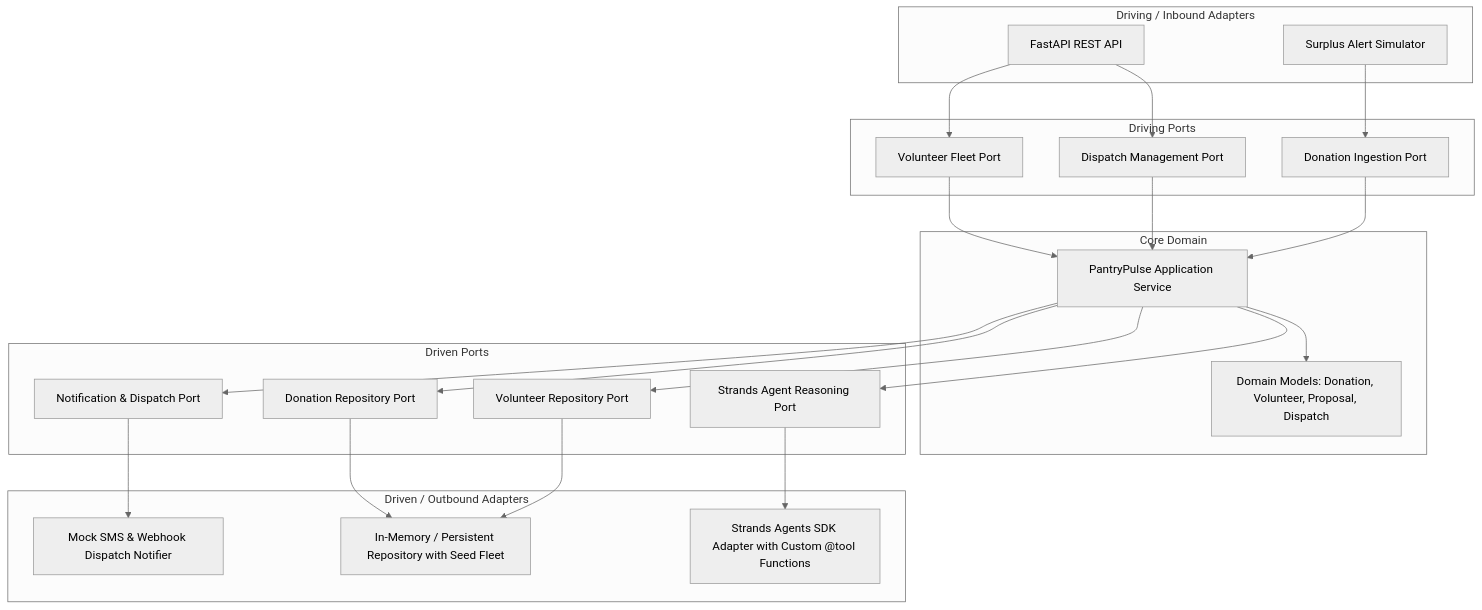
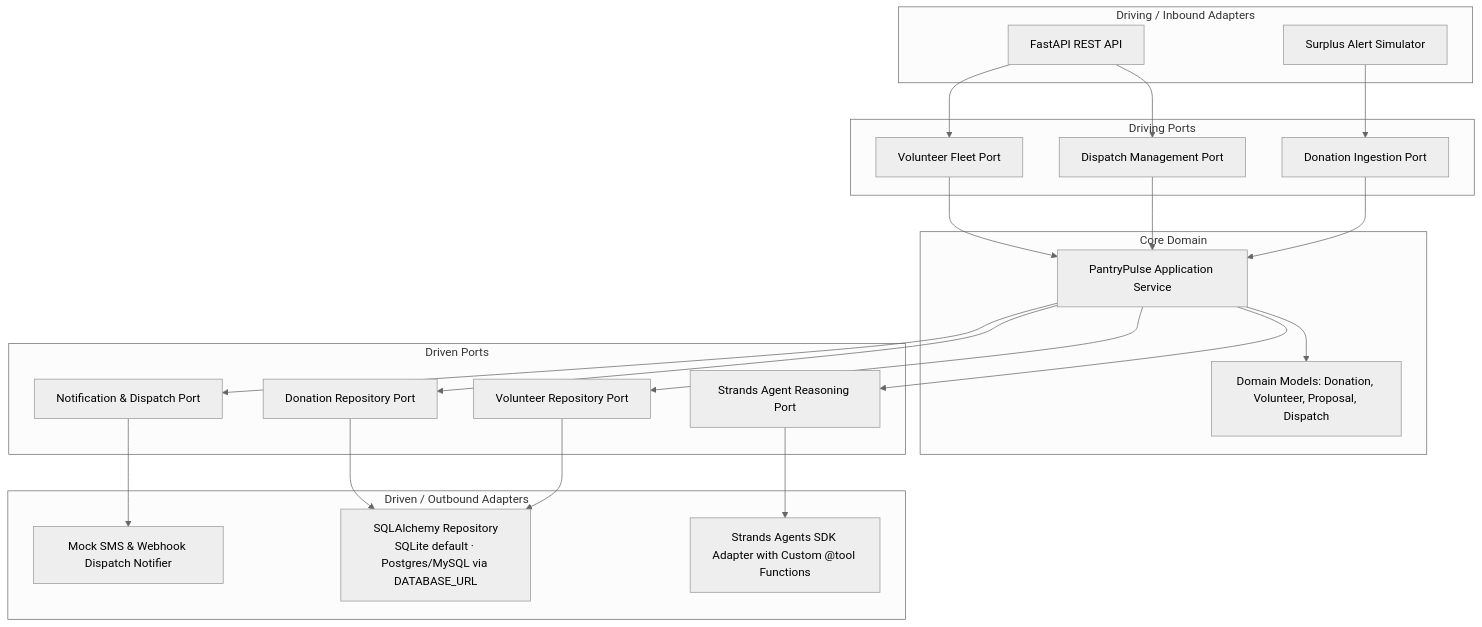
The diagram in README.md (ammwinchande/pantry-pulse), drawn with Mermaid (neutral theme) before and after one commit. The commit also changed other lines of this file and 3 other files, not shown here.

````diff
--- a/README.md
+++ b/README.md
@@ -34,47 +34,47 @@
 ```mermaid
 graph TD
     subgraph Driving / Inbound Adapters
         WebAPI[FastAPI REST API]
         Sim[Surplus Alert Simulator]
     end
 
     subgraph Driving Ports
         DonationPort[Donation Ingestion Port]
         DispatchPort[Dispatch Management Port]
         VolunteerPort[Volunteer Fleet Port]
     end
 
     subgraph Core Domain
         PantryEngine[PantryPulse Application Service]
         Models[Domain Models: Donation, Volunteer, Proposal, Dispatch]
     end
 
     subgraph Driven Ports
         AgentPort[Strands Agent Reasoning Port]
         VolunteerRepoPort[Volunteer Repository Port]
         DonationRepoPort[Donation Repository Port]
         NotifierPort[Notification & Dispatch Port]
     end
 
     subgraph Driven / Outbound Adapters
         StrandsAdapter[Strands Agents SDK Adapter with Custom @tool Functions]
-        MemRepo[In-Memory / Persistent Repository with Seed Fleet]
+        MemRepo[SQLAlchemy Repository<br/>SQLite default · Postgres/MySQL via DATABASE_URL]
         SMSAdapter[Mock SMS & Webhook Dispatch Notifier]
     end
 
     WebAPI --> DispatchPort
     WebAPI --> VolunteerPort
     Sim --> DonationPort
     DispatchPort --> PantryEngine
     DonationPort --> PantryEngine
     VolunteerPort --> PantryEngine
     PantryEngine --> Models
     PantryEngine --> AgentPort
     PantryEngine --> VolunteerRepoPort
     PantryEngine --> DonationRepoPort
     PantryEngine --> NotifierPort
     AgentPort --> StrandsAdapter
     VolunteerRepoPort --> MemRepo
     DonationRepoPort --> MemRepo
     NotifierPort --> SMSAdapter
 ```
````
